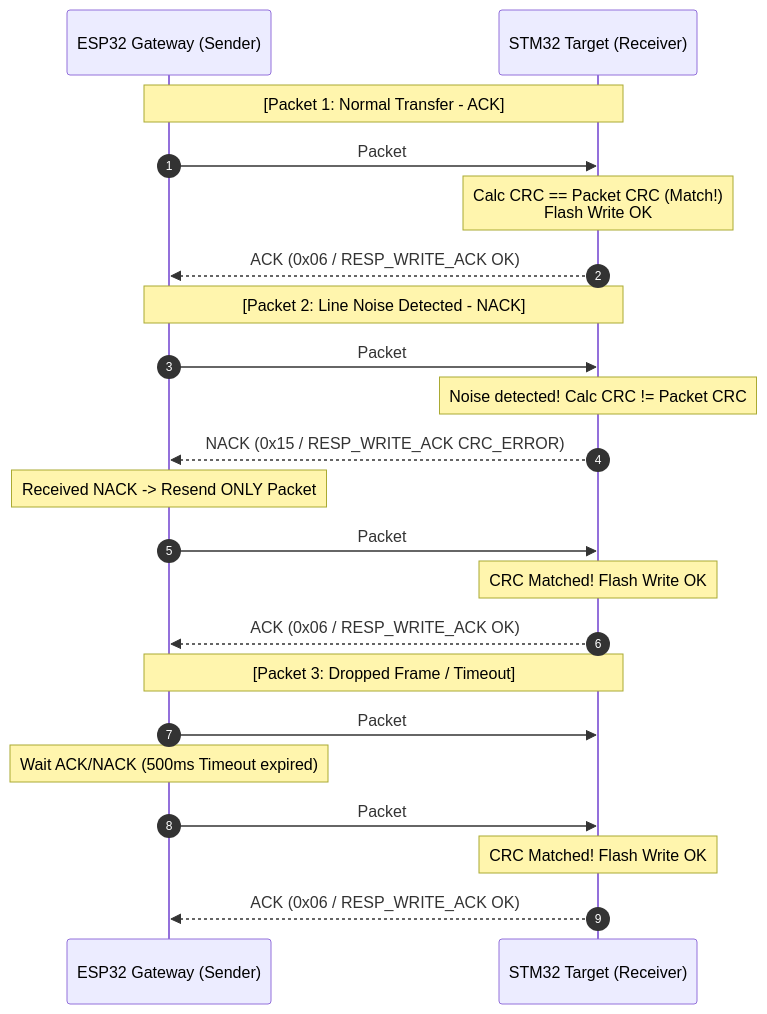
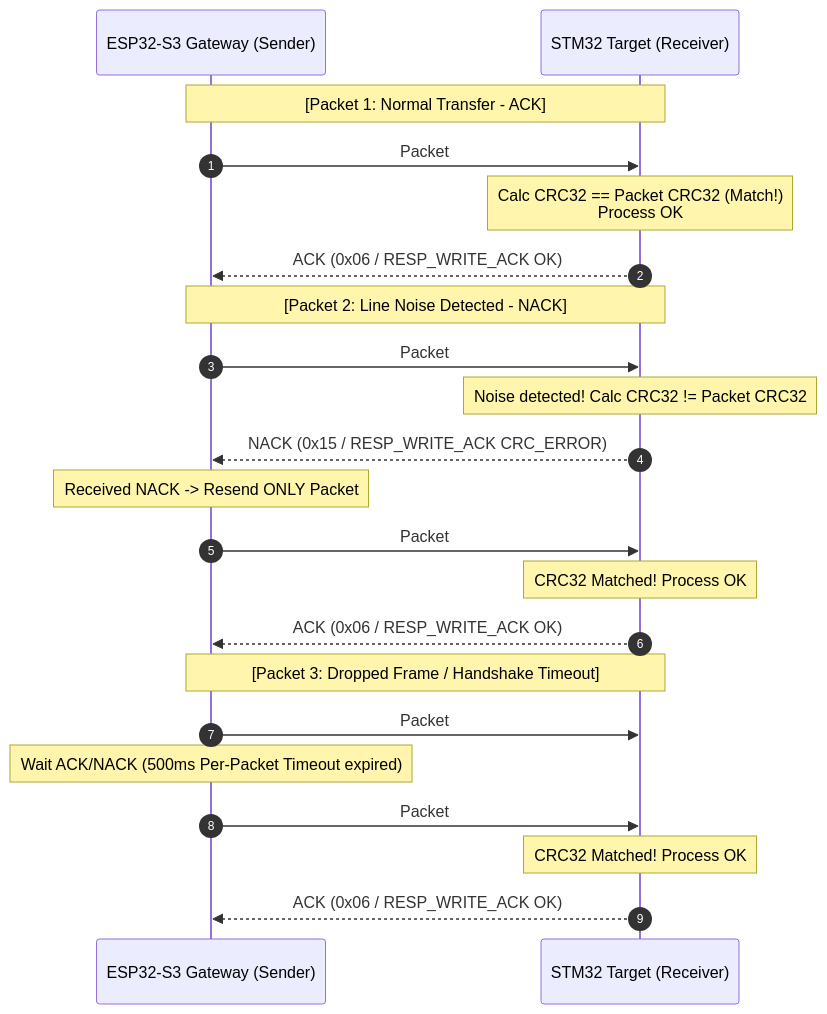
The diagram in README.md (ngotienloc/stm32-bootloader), drawn with Mermaid before and after one commit. The commit also changed other lines of this file and 1 other file, not shown here.

First line of the commit message:
Update README and protocol specification for STM32 UART Bootloader & ESP32-S3 Gateway

````diff
--- a/README.md
+++ b/README.md
@@ -214,27 +229,27 @@
 ```mermaid
 sequenceDiagram
     autonumber
-    participant G as ESP32 Gateway (Sender)
+    participant G as ESP32-S3 Gateway (Sender)
     participant T as STM32 Target (Receiver)
 
     Note over G,T: [Packet 1: Normal Transfer - ACK]
-    G->>T: Packet #1 [Offset 0x0000, Data 256B, CRC]
-    Note over T: Calc CRC == Packet CRC (Match!)<br/>Flash Write OK
+    G->>T: Packet #1 [Offset 0x0000, Data 256B, CRC32]
+    Note over T: Calc CRC32 == Packet CRC32 (Match!)<br/>Process OK
     T-->>G: ACK (0x06 / RESP_WRITE_ACK OK)
 
     Note over G,T: [Packet 2: Line Noise Detected - NACK]
-    G->>T: Packet #2 [Offset 0x0100, Data 256B, CRC]
-    Note over T: Noise detected! Calc CRC != Packet CRC
+    G->>T: Packet #2 [Offset 0x0100, Data 256B, CRC32]
+    Note over T: Noise detected! Calc CRC32 != Packet CRC32
     T-->>G: NACK (0x15 / RESP_WRITE_ACK CRC_ERROR)
     Note over G: Received NACK -> Resend ONLY Packet #2
-    G->>T: Packet #2 [Offset 0x0100, Data 256B, CRC] (Retry 1)
-    Note over T: CRC Matched! Flash Write OK
+    G->>T: Packet #2 [Offset 0x0100, Data 256B, CRC32] (Retry 1)
+    Note over T: CRC32 Matched! Process OK
     T-->>G: ACK (0x06 / RESP_WRITE_ACK OK)
 
-    Note over G,T: [Packet 3: Dropped Frame / Timeout]
-    G->>T: Packet #3 [Offset 0x0200, Data 256B, CRC] (Lost)
-    Note over G: Wait ACK/NACK (500ms Timeout expired)
-    G->>T: Packet #3 [Offset 0x0200, Data 256B, CRC] (Retry 1 of 3)
-    Note over T: CRC Matched! Flash Write OK
+    Note over G,T: [Packet 3: Dropped Frame / Handshake Timeout]
+    G->>T: Packet #3 [Offset 0x0200, Data 256B, CRC32] (Lost)
+    Note over G: Wait ACK/NACK (500ms Per-Packet Timeout expired)
+    G->>T: Packet #3 [Offset 0x0200, Data 256B, CRC32] (Retry 1 of 3)
+    Note over T: CRC32 Matched! Process OK
     T-->>G: ACK (0x06 / RESP_WRITE_ACK OK)
 ```
````
